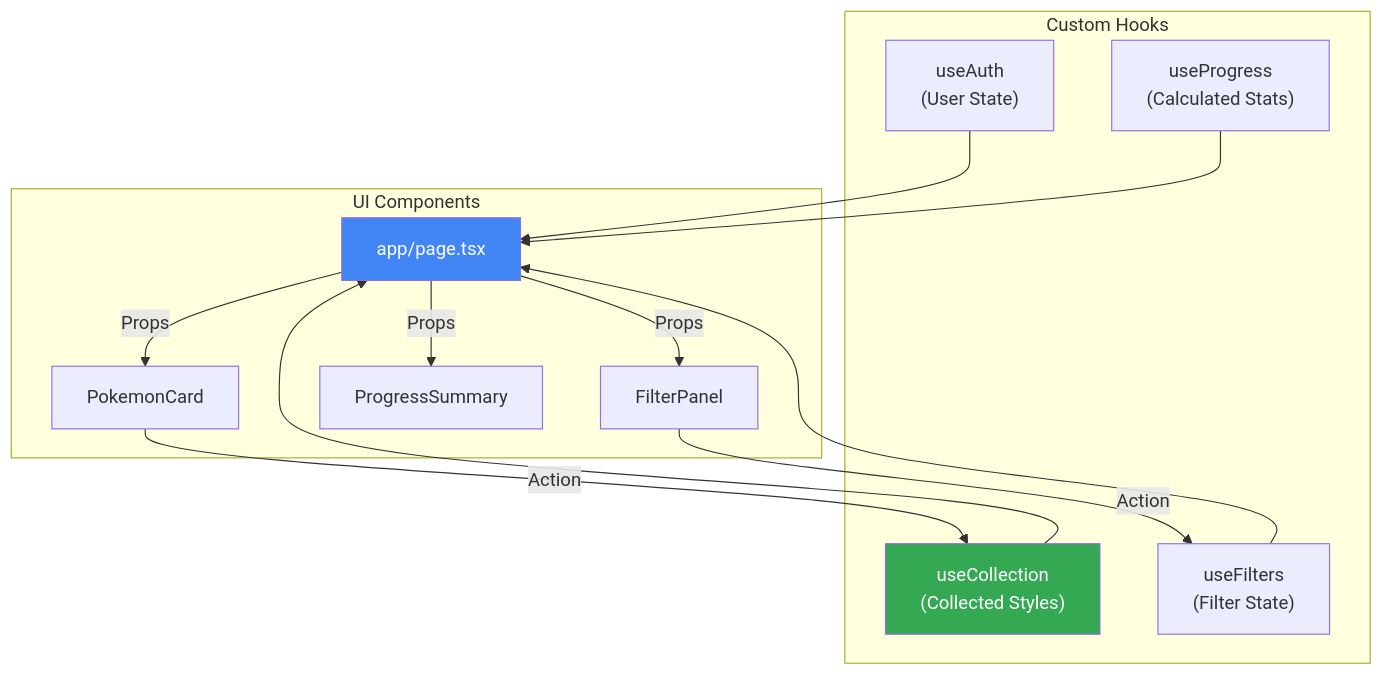
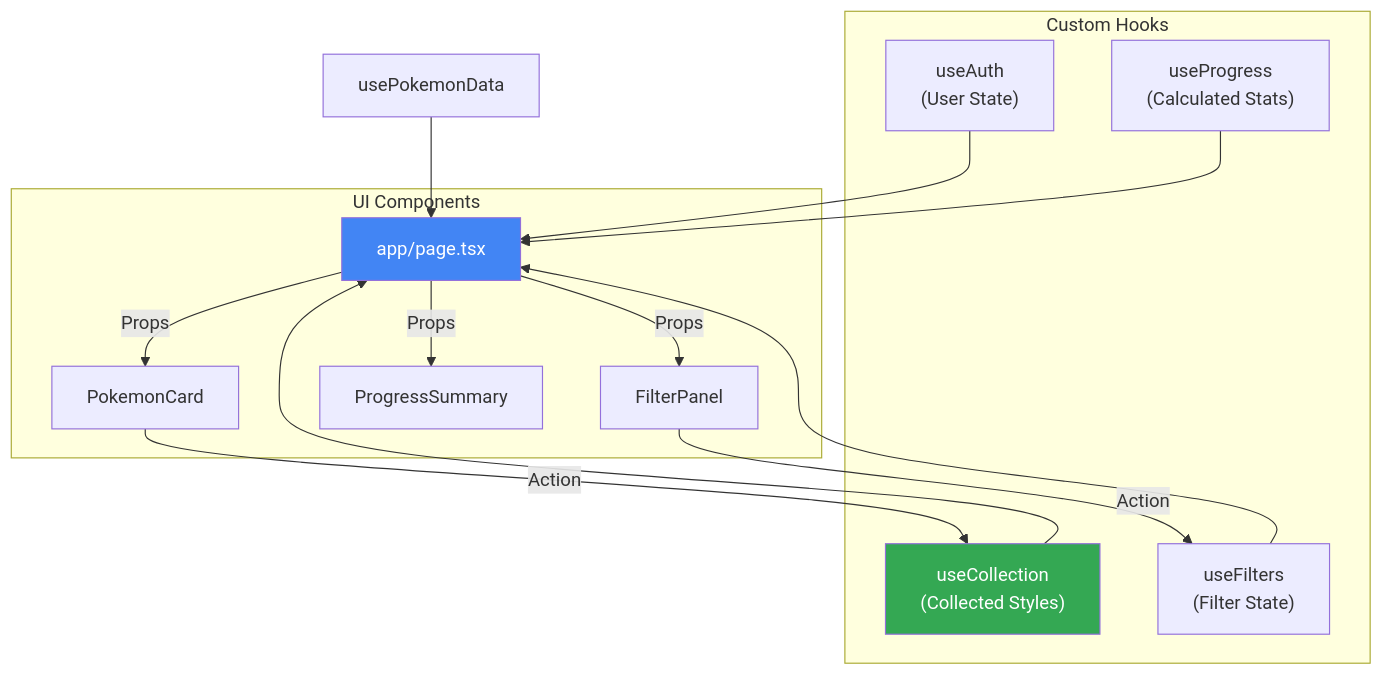
Diagram 12 of 13 in docs/3_architecture.md (Kujo-n/pokesleepfaces), drawn with Mermaid before and after one commit. The commit also changed other lines of this file and 6 other files, not shown here.

````diff
--- a/docs/3_architecture.md
+++ b/docs/3_architecture.md
@@ -329,31 +343,32 @@
  ```mermaid
  graph TB
      subgraph "Custom Hooks"
          useAuth["useAuth<br/>(User State)"]
          useCollection["useCollection<br/>(Collected Styles)"]
          useFilters["useFilters<br/>(Filter State)"]
          useProgress["useProgress<br/>(Calculated Stats)"]
      end
      
      subgraph "UI Components"
          Page[app/page.tsx]
          FilterPanel[FilterPanel]
          PokemonCard[PokemonCard]
          ProgressSummary[ProgressSummary]
      end
      
      useAuth --> Page
      useCollection --> Page
      useFilters --> Page
      useProgress --> Page
+     usePokemonData --> Page
      
      Page -->|Props| FilterPanel
      Page -->|Props| PokemonCard
      Page -->|Props| ProgressSummary
      
      FilterPanel -->|Action| useFilters
      PokemonCard -->|Action| useCollection
      
      style useCollection fill:#34a853,color:#fff
      style Page fill:#4285f4,color:#fff
  ```
````
